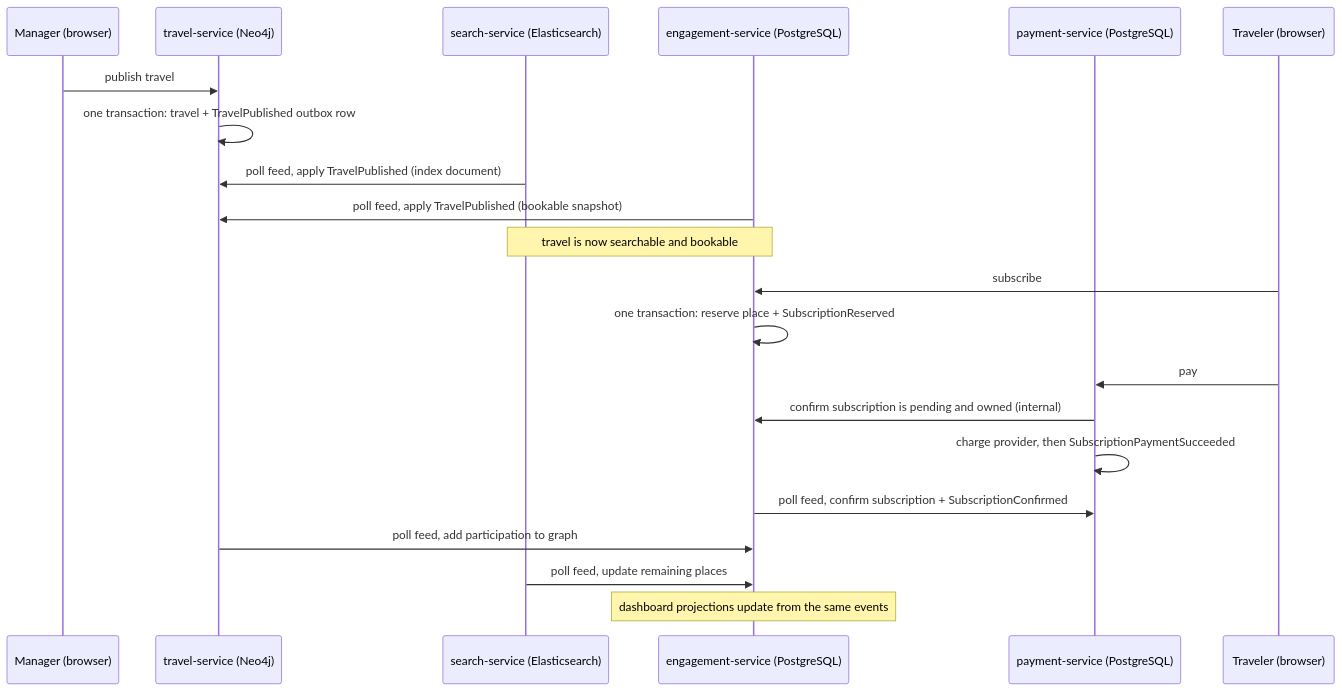
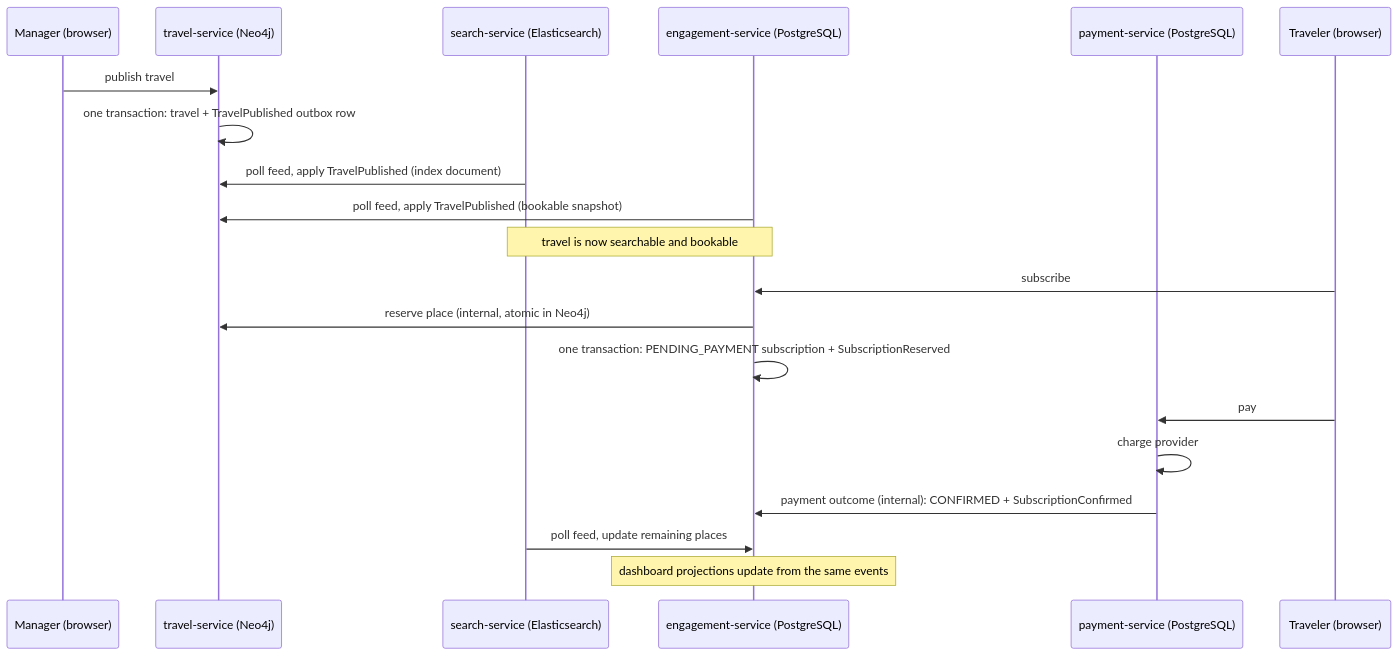
Before and after one commit to SManousis/lets-travel: the diagram in docs/architecture.md, drawn with Mermaid. The commit also changed other lines of this file and 10 other files, not shown here.

Commit message:
docs: subscription and payment contracts, design and phase 3-4 evidence

````diff
--- a/docs/architecture.md
+++ b/docs/architecture.md
@@ -196,23 +203,22 @@
 ```mermaid
 sequenceDiagram
     participant M as Manager (browser)
     participant T as travel-service (Neo4j)
     participant S as search-service (Elasticsearch)
     participant E as engagement-service (PostgreSQL)
     participant P as payment-service (PostgreSQL)
     M->>T: publish travel
     T->>T: one transaction: travel + TravelPublished outbox row
     S->>T: poll feed, apply TravelPublished (index document)
     E->>T: poll feed, apply TravelPublished (bookable snapshot)
     Note over S,E: travel is now searchable and bookable
     participant V as Traveler (browser)
     V->>E: subscribe
-    E->>E: one transaction: reserve place + SubscriptionReserved
+    E->>T: reserve place (internal, atomic in Neo4j)
+    E->>E: one transaction: PENDING_PAYMENT subscription + SubscriptionReserved
     V->>P: pay
-    P->>E: confirm subscription is pending and owned (internal)
-    P->>P: charge provider, then SubscriptionPaymentSucceeded
-    E->>P: poll feed, confirm subscription + SubscriptionConfirmed
-    T->>E: poll feed, add participation to graph
+    P->>P: charge provider
+    P->>E: payment outcome (internal): CONFIRMED + SubscriptionConfirmed
     S->>E: poll feed, update remaining places
     Note over E: dashboard projections update from the same events
 ```
````
